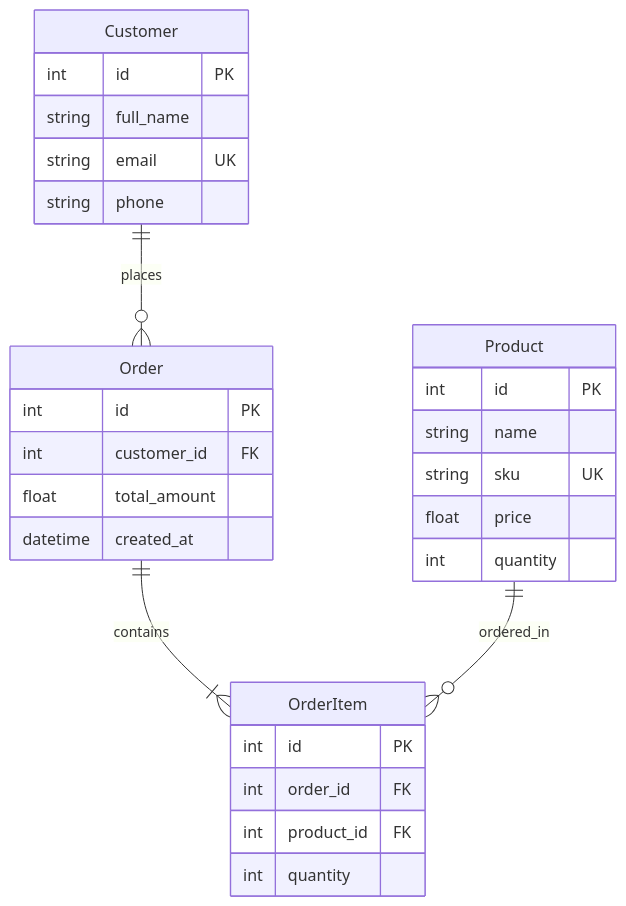
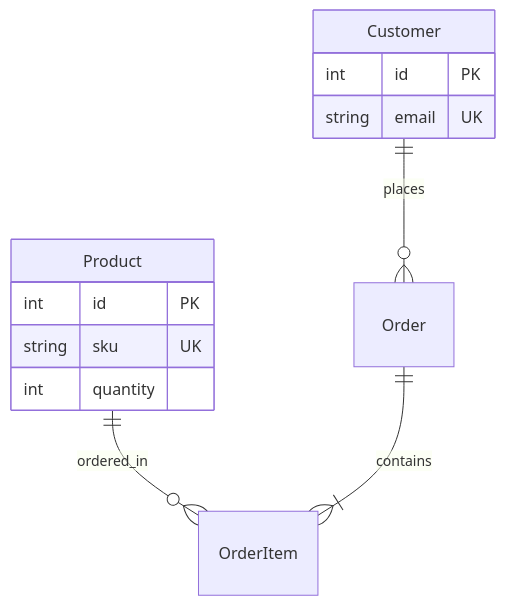
Before and after one commit to Sachin7568/Inventory-Order-Management-System: the diagram in README.md, drawn with Mermaid. The commit also changed other lines of this file, not shown here.

````diff
--- a/README.md
+++ b/README.md
@@ -59,32 +30,15 @@
 ```mermaid
 erDiagram
+    Product ||--o{ OrderItem : ordered_in
+    Customer ||--o{ Order : places
+    Order ||--|{ OrderItem : contains
     Product {
         int id PK
-        string name
         string sku UK
-        float price
         int quantity
     }
     Customer {
         int id PK
-        string full_name
         string email UK
-        string phone
     }
-    Order {
-        int id PK
-        int customer_id FK
-        float total_amount
-        datetime created_at
-    }
-    OrderItem {
-        int id PK
-        int order_id FK
-        int product_id FK
-        int quantity
-    }
-
-    Customer ||--o{ Order : places
-    Order ||--|{ OrderItem : contains
-    Product ||--o{ OrderItem : ordered_in
 ```
````
